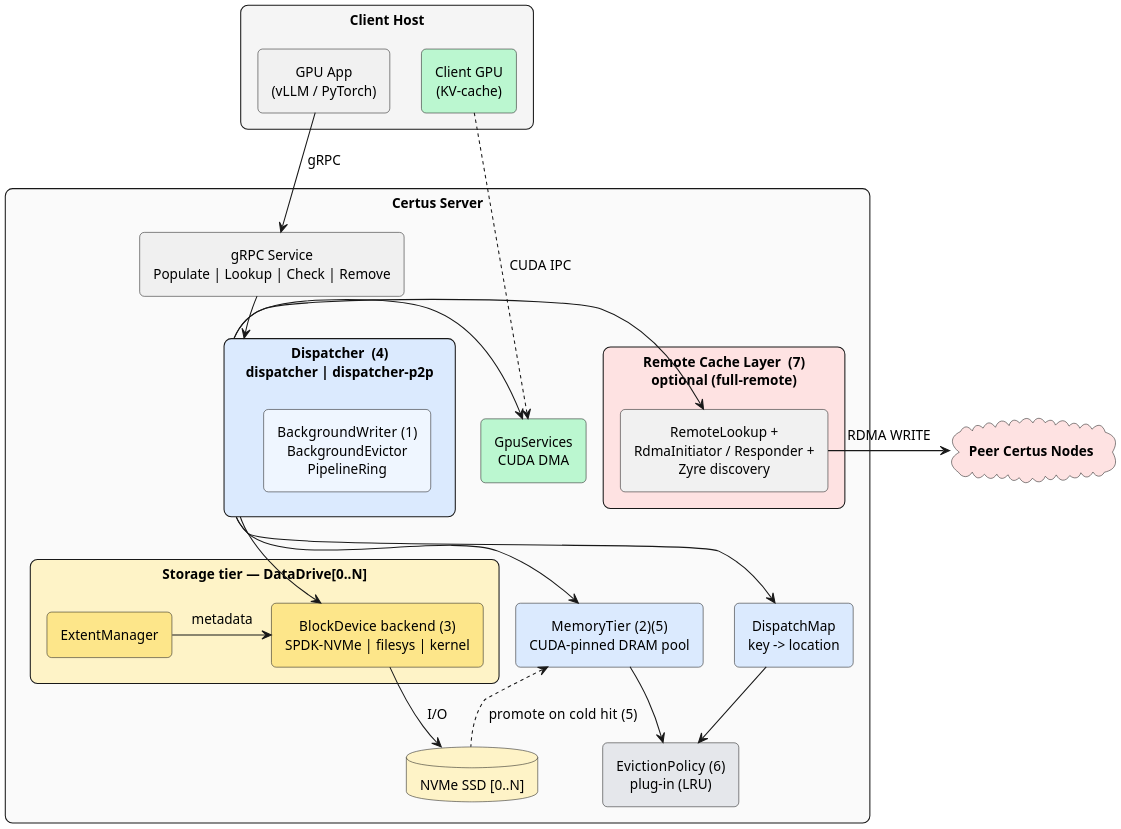
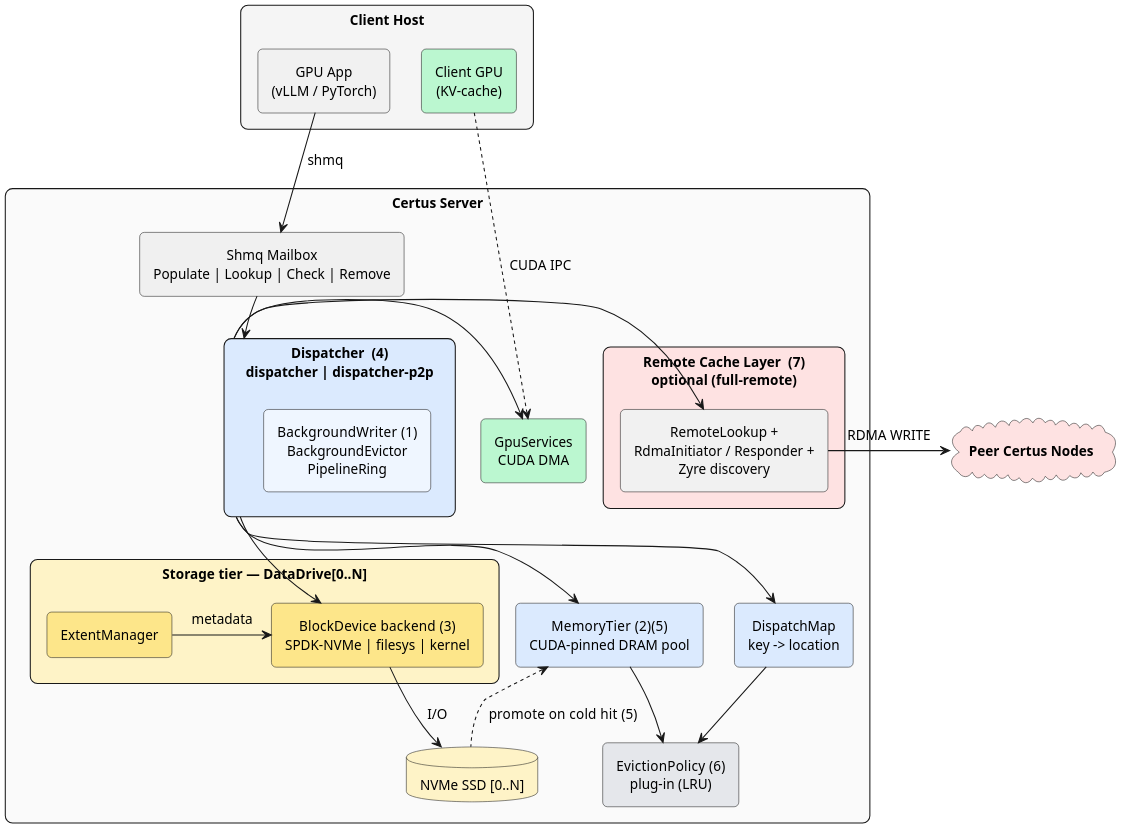
One commit to AI-native-Systems-Research/ai-native-storage-certus changed the diagram in design/certus-architecture-overview-slide.puml. Above: the diagram before and after it, drawn with PlantUML. The commit also changed 283 other files, not shown here.

```diff
--- a/design/certus-architecture-overview-slide.puml
+++ b/design/certus-architecture-overview-slide.puml
@@ -1,79 +1,79 @@
 @startuml
 skinparam dpi 200
 skinparam defaultTextAlignment center
 skinparam padding 3
 skinparam nodesep 30
 skinparam ranksep 32
 skinparam shadowing false
 skinparam defaultFontSize 13
 skinparam rectangle {
     RoundCorner 14
 }
 skinparam agent {
     RoundCorner 9
 }
 skinparam database {
     RoundCorner 8
 }
 hide stereotype
 
 ' ============================================================
 ' CLIENT
 ' ============================================================
 rectangle "**Client Host**" as client_box #F5F5F5 {
     agent "GPU App\n(vLLM / PyTorch)" as pyclient
     agent "Client GPU\n(KV-cache)" as client_gpu #BBF7D0
 }
 
 ' ============================================================
 ' SERVER
 ' ============================================================
 rectangle "**Certus Server**" as server_box #FAFAFA {
 
-    agent "gRPC Service\nPopulate | Lookup | Check | Remove" as grpc #F0F0F0
+    agent "Shmq Mailbox\nPopulate | Lookup | Check | Remove" as shmq #F0F0F0
 
     rectangle "**Dispatcher**  (4)\ndispatcher | dispatcher-p2p" as dispatcher #DBEAFE {
         agent "BackgroundWriter  (1)\nBackgroundEvictor\nPipelineRing" as bg #EFF6FF
     }
 
     agent "MemoryTier  (2)(5)\nCUDA-pinned DRAM pool" as mt #DBEAFE
     agent "DispatchMap\nkey -> location" as dm #DBEAFE
     agent "EvictionPolicy  (6)\nplug-in (LRU)" as evict #E5E7EB
     agent "GpuServices\nCUDA DMA" as gpu #BBF7D0
 
     rectangle "**Storage tier** — DataDrive[0..N]" as storage #FEF3C7 {
         agent "BlockDevice backend  (3)\nSPDK-NVMe | filesys | kernel" as blk #FDE68A
         agent "ExtentManager" as em #FDE68A
     }
 
     rectangle "**Remote Cache Layer**  (7)\noptional (full-remote)" as remote #FEE2E2 {
         agent "RemoteLookup +\nRdmaInitiator / Responder +\nZyre discovery" as rl
     }
 
     database "NVMe SSD [0..N]" as ssd #FEF3C7
 }
 
 cloud "**Peer Certus Nodes**" as peers #FEE2E2
 
 ' ============================================================
 ' PATHS
 ' ============================================================
-pyclient -down-> grpc : gRPC
+pyclient -down-> shmq : shmq
 client_gpu .down.> gpu : CUDA IPC
-grpc -down-> dispatcher
+shmq -down-> dispatcher
 
 dispatcher -down-> mt
 dispatcher -down-> dm
 dispatcher -right-> gpu
 mt -down-> evict
 dm -down-> evict
 
 dispatcher -down-> blk
 em -right-> blk : metadata
 blk -down-> ssd : I/O
 ssd .up.> mt : promote on cold hit  (5)
 
 dispatcher -right-> rl
 rl -right-> peers : RDMA WRITE
 
 @enduml
```
